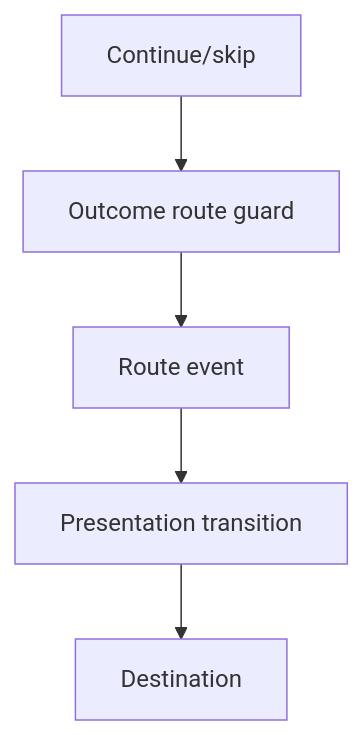
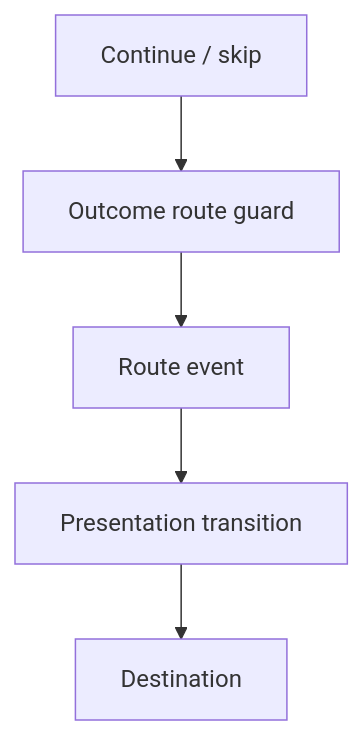
The third of 5 diagrams in docs/architecture/wiki/screens/42-victory-defeat-cinematic/architecture.md (SunaNoOshiro/Heroes_Reforged_AI_Realms), drawn with Mermaid before and after one commit. The commit also changed other lines of this file and 518 other files, not shown here.

First line of the commit message:
Add doc-audit skill and sweep architecture/screen docs

````diff
--- a/docs/architecture/wiki/screens/42-victory-defeat-cinematic/architecture.md
+++ b/docs/architecture/wiki/screens/42-victory-defeat-cinematic/architecture.md
@@ -42,8 +55,7 @@
 ```mermaid
 flowchart TD
-  I0["Continue/skip"] --> I1
-  I1["Outcome route guard"] --> I2
-  I2["Route event"] --> I3
-  I3["Presentation transition"] --> I4
-  I4["Destination"]
+  I0["Continue / skip"] --> I1["Outcome route guard"]
+  I1 --> I2["Route event"]
+  I2 --> I3["Presentation transition"]
+  I3 --> I4["Destination"]
 ```
````
